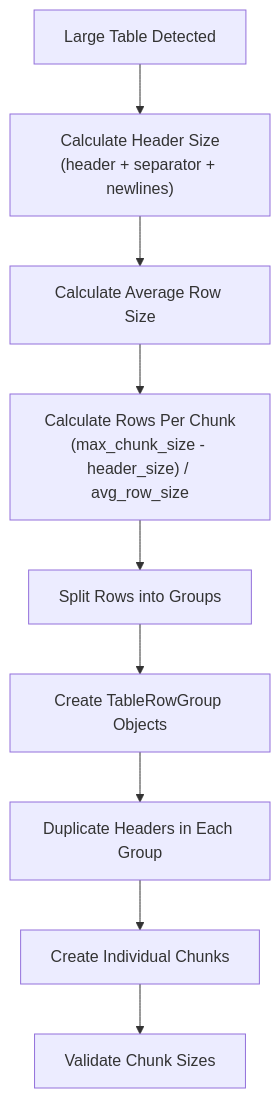
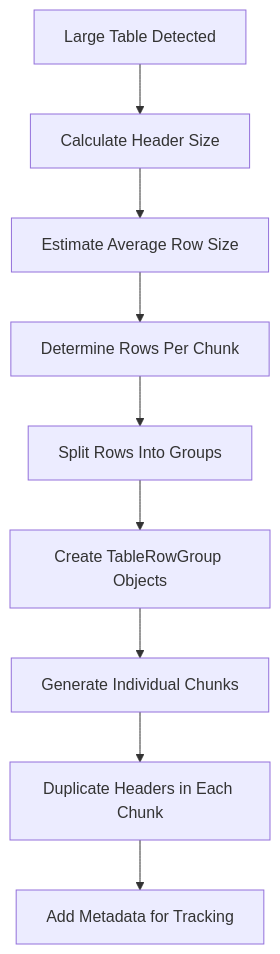
Before and after one commit to asukhodko/dify-markdown-chunker: the fifth of 6 diagrams in .qoder/repowiki/en/content/Chunking Strategies/Table Strategy.md, drawn with Mermaid. The commit also changed other lines of this file and 205 other files, not shown here.

````diff
--- a/.qoder/repowiki/en/content/Chunking Strategies/Table Strategy.md
+++ b/.qoder/repowiki/en/content/Chunking Strategies/Table Strategy.md
@@ -312,11 +277,11 @@
 ```mermaid
 flowchart TD
-LargeTable["Large Table Detected"] --> CalcHeaderSize["Calculate Header Size<br/>(header + separator + newlines)"]
-CalcHeaderSize --> CalcAvgRow["Calculate Average Row Size"]
-CalcAvgRow --> CalcRowsPerChunk["Calculate Rows Per Chunk<br/>(max_chunk_size - header_size) / avg_row_size"]
-CalcRowsPerChunk --> SplitRows["Split Rows into Groups"]
-SplitRows --> CreateGroups["Create TableRowGroup Objects"]
-CreateGroups --> DuplicateHeaders["Duplicate Headers in Each Group"]
-DuplicateHeaders --> CreateChunks["Create Individual Chunks"]
-CreateChunks --> ValidateChunks["Validate Chunk Sizes"]
+A["Large Table Detected"] --> B["Calculate Header Size"]
+B --> C["Estimate Average Row Size"]
+C --> D["Determine Rows Per Chunk"]
+D --> E["Split Rows Into Groups"]
+E --> F["Create TableRowGroup Objects"]
+F --> G["Generate Individual Chunks"]
+G --> H["Duplicate Headers in Each Chunk"]
+H --> I["Add Metadata for Tracking"]
 ```
````
